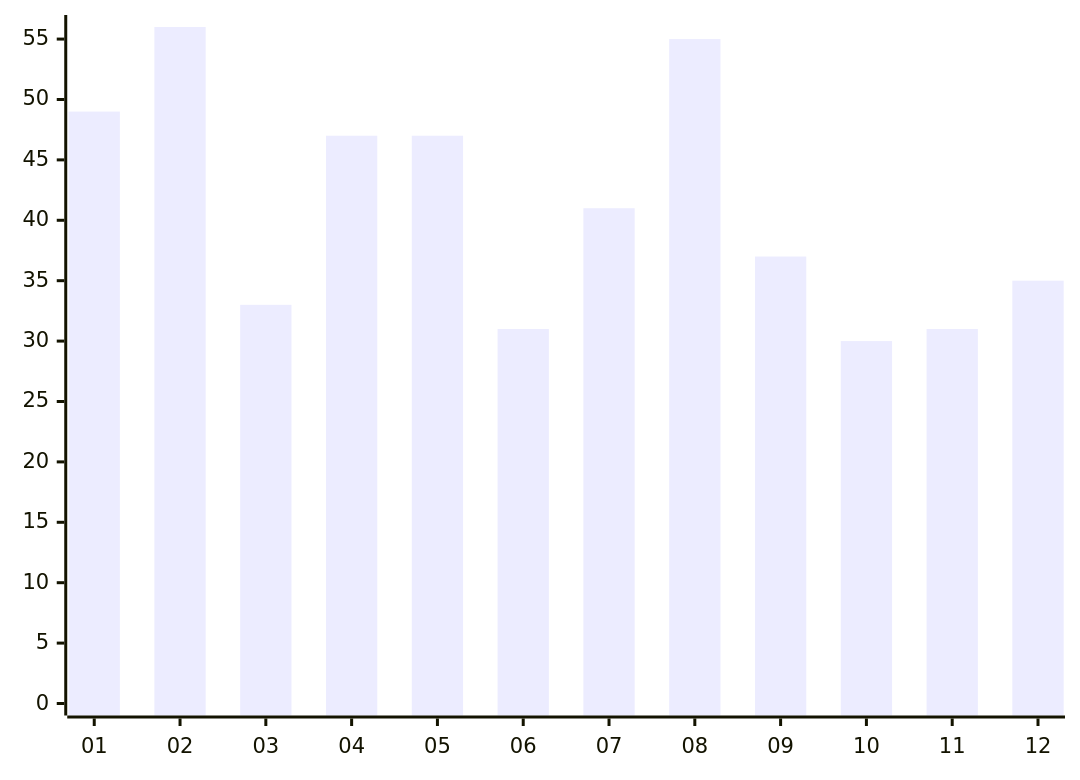
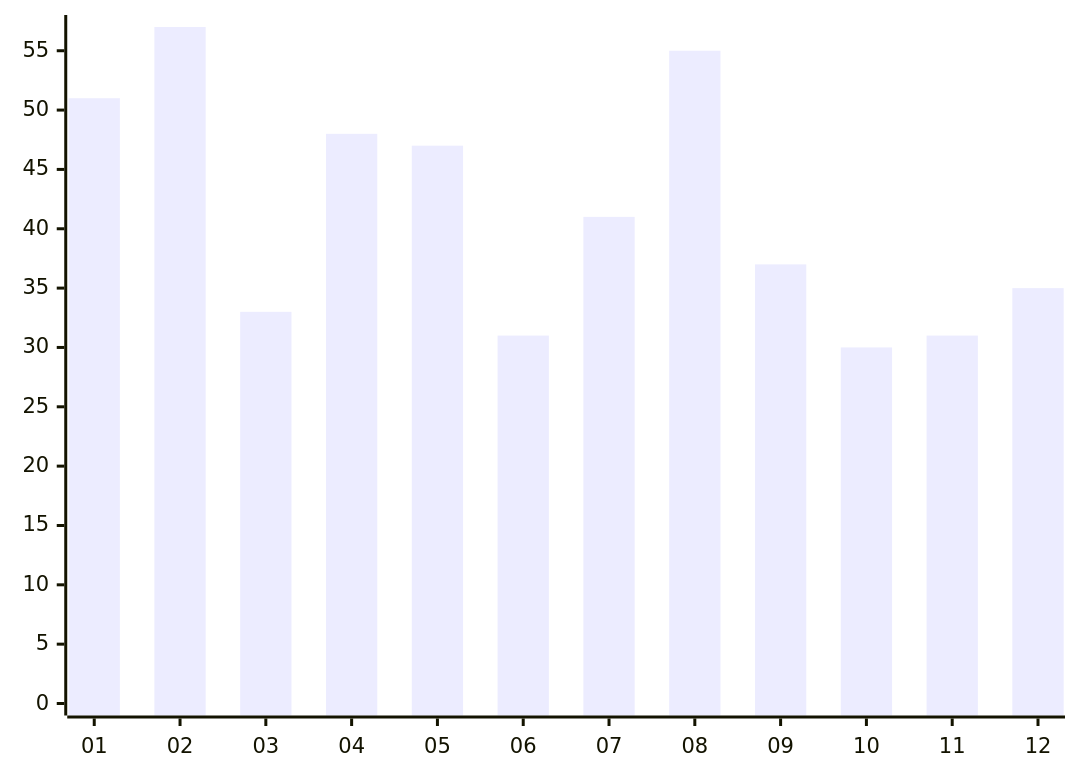
The third of 4 diagrams in index.stats.md (austrellum/navigator), drawn with Mermaid before and after one commit. The commit also changed other lines of this file and 8 other files, not shown here.

````diff
--- a/index.stats.md
+++ b/index.stats.md
@@ -29,6 +29,6 @@
 ```mermaid
 xychart-beta
   x-axis ["01","02","03","04","05","06","07","08","09","10","11","12"]
-  y-axis 0 --> 56
-  bar [49,56,33,47,47,31,41,55,37,30,31,35]
+  y-axis 0 --> 57
+  bar [51,57,33,48,47,31,41,55,37,30,31,35]
 ```
````
